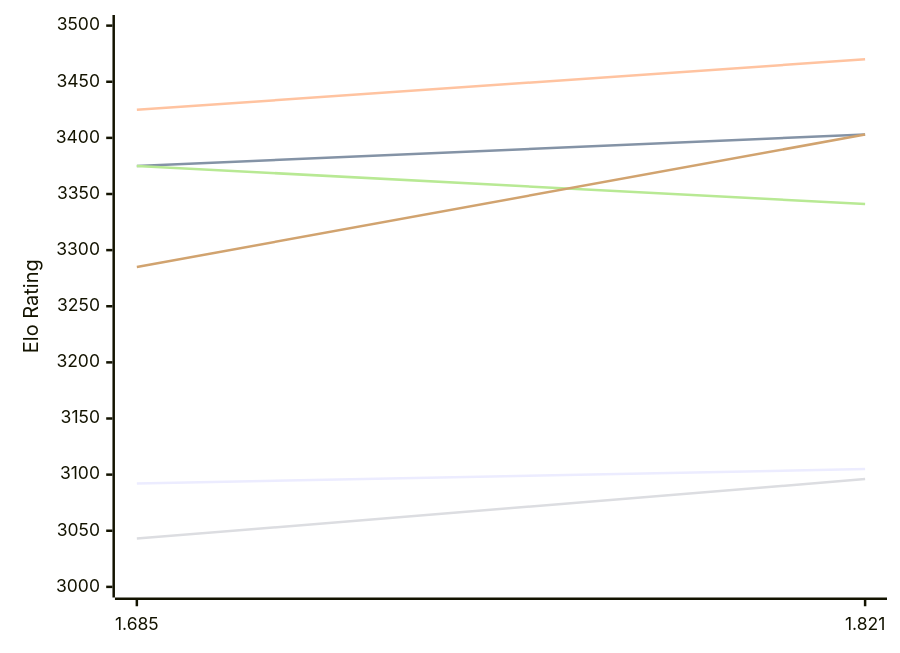
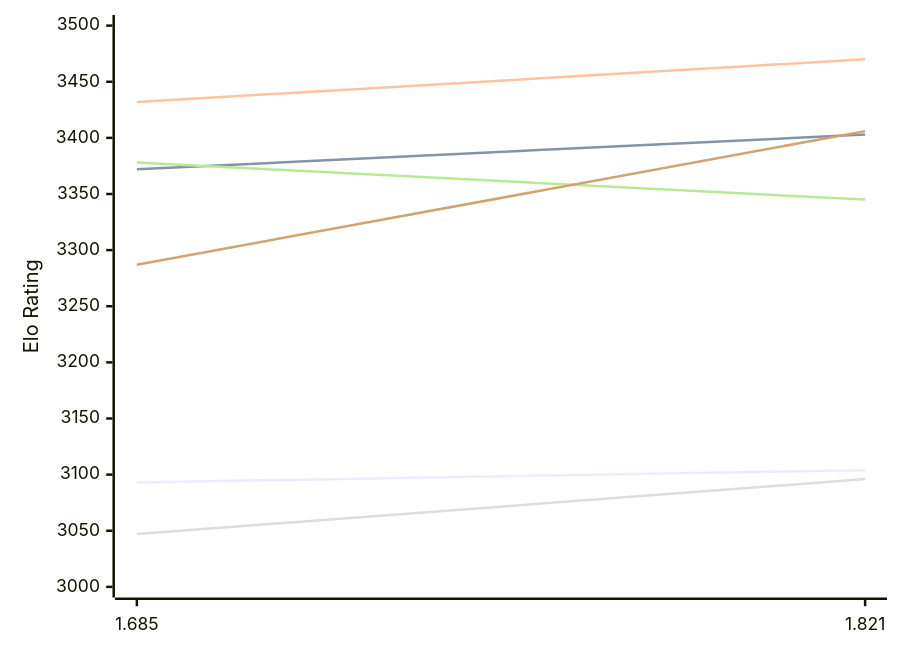
Before and after one commit to computer-chess-index/cci: the first of 2 diagrams in engines/Malika.md, drawn with Mermaid. The commit also changed other lines of this file, not shown here.

Commit message:
Update CCI Ratings (ELO VLTC) - 2026-11-24

````diff
--- a/engines/Malika.md
+++ b/engines/Malika.md
@@ -54,12 +54,12 @@
 ```mermaid
 %%{init: {"theme":"base","themeVariables":{"seriesColors:['#a3a3a3','#222221','#faa371']}}}%%
 xychart-beta
   x-axis ["1.685", "1.821"]
   y-axis "Elo Rating" 3000 --> 3500
-  line "E1: STC (8.0+0.08s)" [3092, 3105]
-  line "E1: LTC (60.0+0.60s)" [3375, 3403]
-  line "E1: VLTC (2m24s+1.12s)" [3425, 3470]
-  line "P1: STC (8.0+0.08s)" [3043, 3096]
-  line "P1: LTC (60.0+0.60s)" [3375, 3341]
-  line "P1: VLTC (2m24s+1.12s)" [3285, 3403]
+  line "E1: STC (8.0+0.08s)" [3093, 3104]
+  line "E1: LTC (60.0+0.60s)" [3372, 3403]
+  line "E1: VLTC (2m24s+1.12s)" [3432, 3470]
+  line "P1: STC (8.0+0.08s)" [3047, 3096]
+  line "P1: LTC (60.0+0.60s)" [3378, 3345]
+  line "P1: VLTC (2m24s+1.12s)" [3287, 3406]
 ```
````
